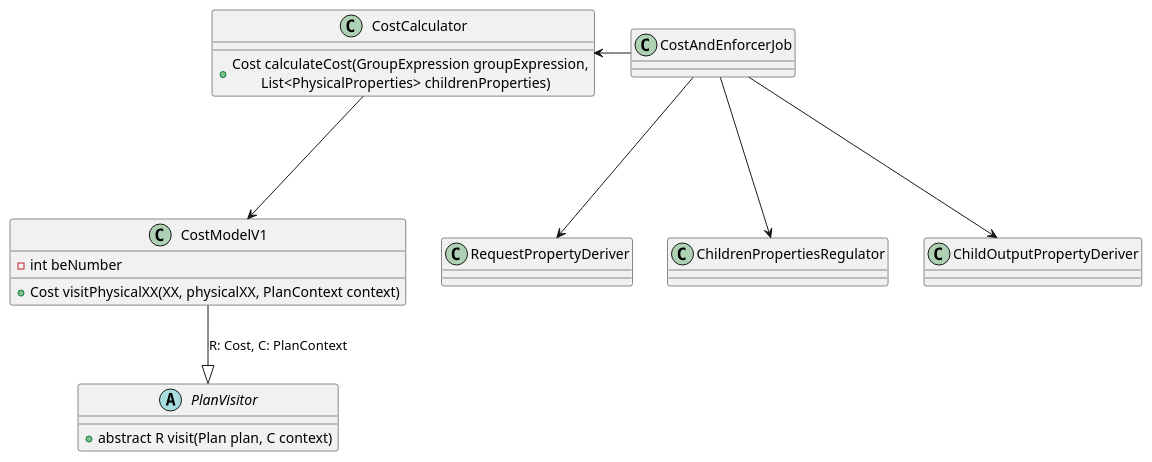
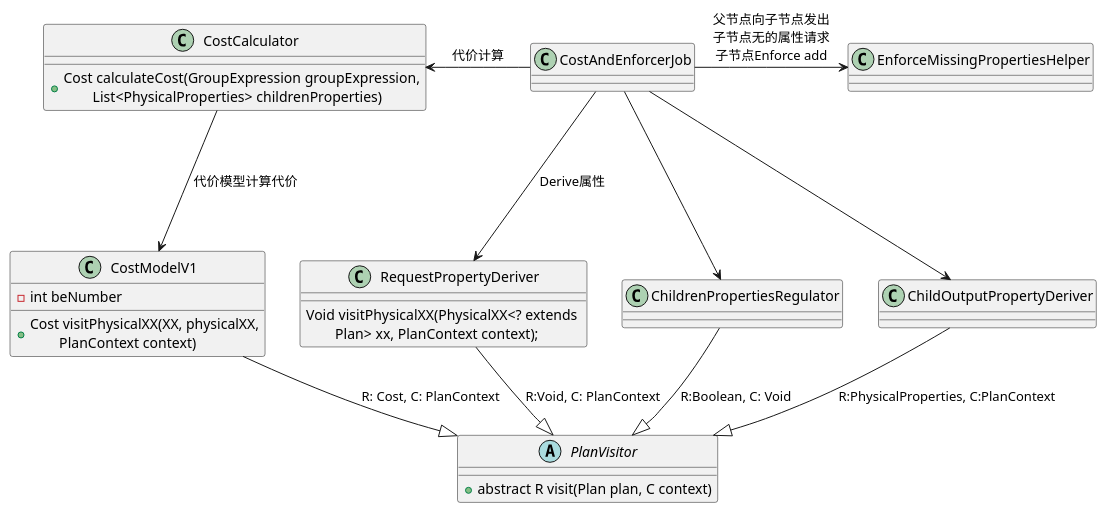
One commit to DepInjoy/geektime changed the fourth of 4 diagrams in doc/DB/Doris/SourceRead/02_00_Optimize.md. Above: the diagram before and after it, drawn with PlantUML. The commit also changed other lines of this file, not shown here.

Commit message:
Doris cost and enforce

````diff
--- a/doc/DB/Doris/SourceRead/02_00_Optimize.md
+++ b/doc/DB/Doris/SourceRead/02_00_Optimize.md
@@ -466,29 +466,38 @@
 ```plantuml
 @startuml
 class CostAndEnforcerJob {
     
 }
 
 class CostCalculator {
     + Cost calculateCost(GroupExpression groupExpression,\n\tList<PhysicalProperties> childrenProperties)
 }
 
 abstract class PlanVisitor {
     + abstract R visit(Plan plan, C context)
 }
 
 class CostModelV1 {
     - int beNumber
-    + Cost visitPhysicalXX(XX, physicalXX, PlanContext context)
+    + Cost visitPhysicalXX(XX, physicalXX,\n\tPlanContext context)
 }
 
+class RequestPropertyDeriver {
+    Void visitPhysicalXX(PhysicalXX<? extends \n\tPlan> xx, PlanContext context);
+}
 
-CostAndEnforcerJob -down--> RequestPropertyDeriver
+CostAndEnforcerJob -down--> RequestPropertyDeriver : Derive属性
 CostAndEnforcerJob -down--> ChildrenPropertiesRegulator
 CostAndEnforcerJob -down--> ChildOutputPropertyDeriver
-CostAndEnforcerJob -left--> CostCalculator
+CostAndEnforcerJob -left--> CostCalculator : 代价计算
 
-CostCalculator -down--> CostModelV1
+CostCalculator -down--> CostModelV1 : 代价模型计算代价
 CostModelV1 -down-|> PlanVisitor : R: Cost, C: PlanContext
+
+RequestPropertyDeriver -down-|> PlanVisitor : R:Void, C: PlanContext
+ChildOutputPropertyDeriver -down-|> PlanVisitor : R:PhysicalProperties, C:PlanContext
+ChildrenPropertiesRegulator-down-|> PlanVisitor : R:Boolean, C: Void
+
+CostAndEnforcerJob -right--> EnforceMissingPropertiesHelper :父节点向子节点发出\n子节点无的属性请求\n子节点Enforce add
 @enduml
 ```
````
